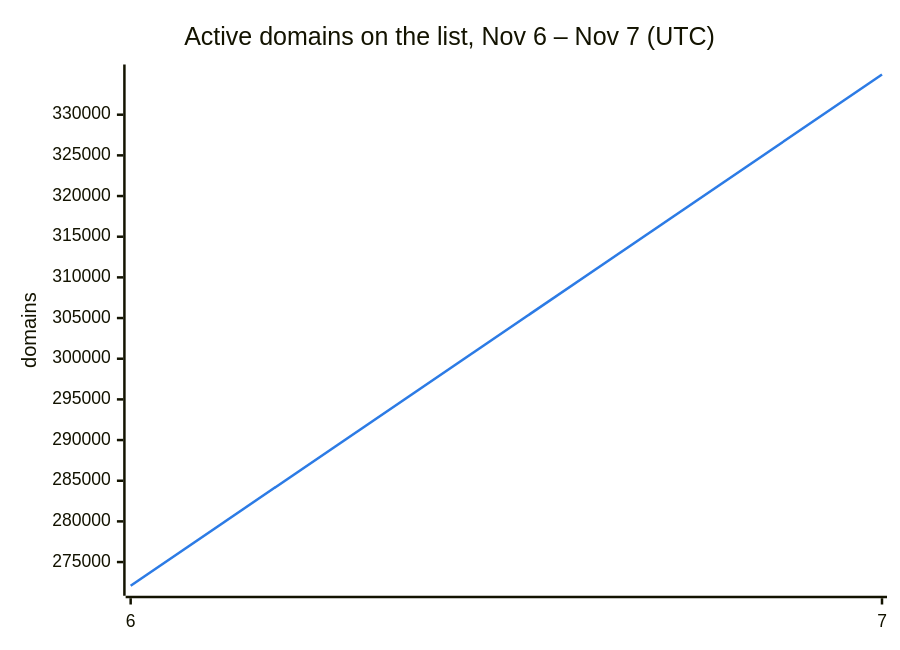
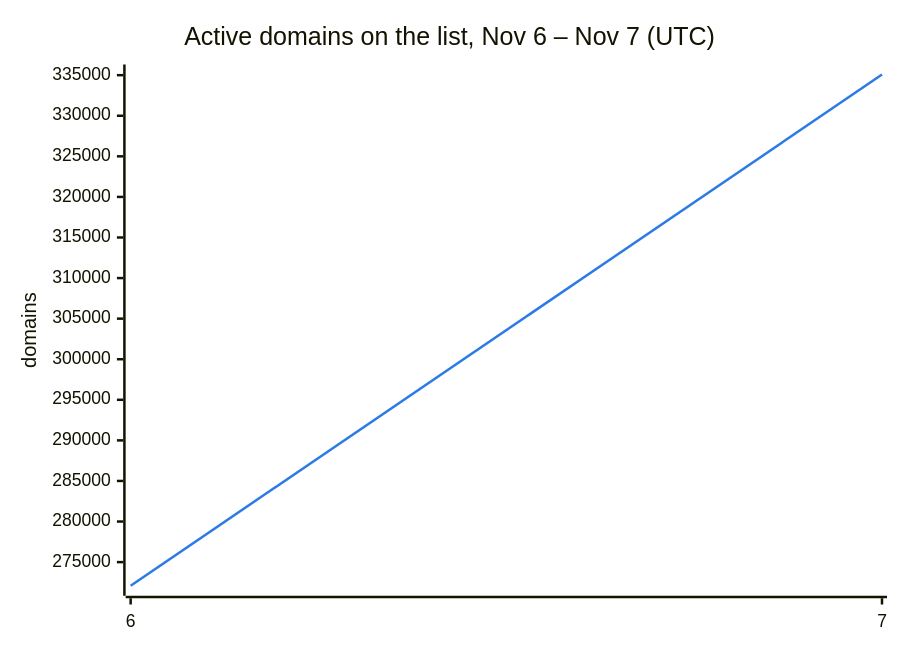
Before and after one commit to DNSBunker/CTI: the second of 3 diagrams in README.md, drawn with Mermaid. The commit also changed other lines of this file and 3 other files, not shown here.

````diff
--- a/README.md
+++ b/README.md
@@ -38,8 +38,8 @@
 ```mermaid
 %%{init: {"themeVariables": {"xyChart": {"plotColorPalette": "#2c7be5"}}}}%%
 xychart-beta
     title "Active domains on the list, Nov 6 – Nov 7 (UTC)"
     x-axis ["6", "7"]
     y-axis "domains"
-    line [272088, 334942]
+    line [272088, 335083]
 ```
````
